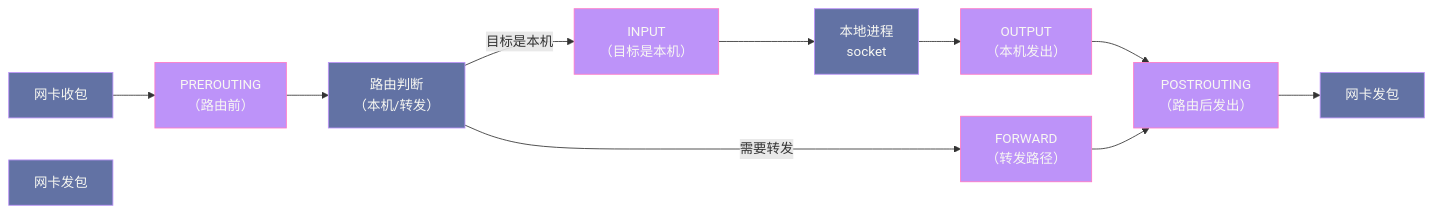
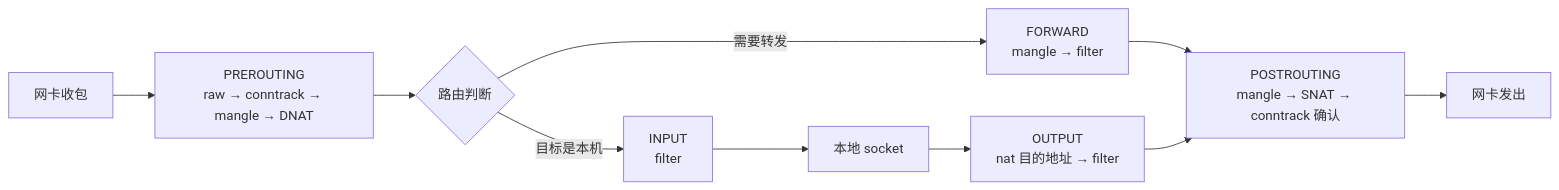
One commit to hpliStartAgain/my-brain changed the fourth of 6 diagrams in content/Linux/网络协议栈与IO/09 容器网络原理——veth、bridge、iptables 与 eBPF.md. Above: the diagram before and after it, drawn with Mermaid. The commit also changed other lines of this file and 455 other files, not shown here.

````diff
--- a/content/Linux/网络协议栈与IO/09 容器网络原理——veth、bridge、iptables 与 eBPF.md
+++ b/content/Linux/网络协议栈与IO/09 容器网络原理——veth、bridge、iptables 与 eBPF.md
@@ -278,24 +269,14 @@
 ```mermaid
 %%{init: {'theme': 'dracula'}}%%
 graph LR
-    classDef hook fill:#bd93f9,stroke:#ff79c6,color:#f8f8f2
-    classDef proc fill:#6272a4,stroke:#bd93f9,color:#f8f8f2
-
-    IN["网卡收包"]:::proc
-    PRE["PREROUTING</br>（路由前）"]:::hook
-    IN_ROUTE["路由判断</br>（本机/转发）"]:::proc
-    INPUT["INPUT</br>（目标是本机）"]:::hook
-    LOCAL["本地进程</br>socket"]:::proc
-    OUTPUT["OUTPUT</br>（本机发出）"]:::hook
-    FORWARD["FORWARD</br>（转发路径）"]:::hook
-    POST["POSTROUTING</br>（路由后发出）"]:::hook
-    OUT["网卡发包"]:::proc
-
-    IN --> PRE --> IN_ROUTE
-    IN_ROUTE -->|"目标是本机"| INPUT --> LOCAL
-    IN_ROUTE -->|"需要转发"| FORWARD
-    LOCAL --> OUTPUT
-    OUTPUT --> POST
-    FORWARD --> POST
-    POST --> Out["网卡发包"]:::proc
+    IN["网卡收包"] --> PRE["PREROUTING<br/>raw → conntrack → mangle → DNAT"]
+    PRE --> R{"路由判断"}
+    R -->|"目标是本机"| INP["INPUT<br/>filter"]
+    INP --> PROC["本地 socket"]
+    R -->|"需要转发"| FWD["FORWARD<br/>mangle → filter"]
+    PROC --> OUT["OUTPUT<br/>nat 目的地址 → filter"]
+    POST["POSTROUTING<br/>mangle → SNAT → conntrack 确认"]
+    FWD --> POST
+    OUT --> POST
+    POST --> NIC["网卡发出"]
 ```
````
